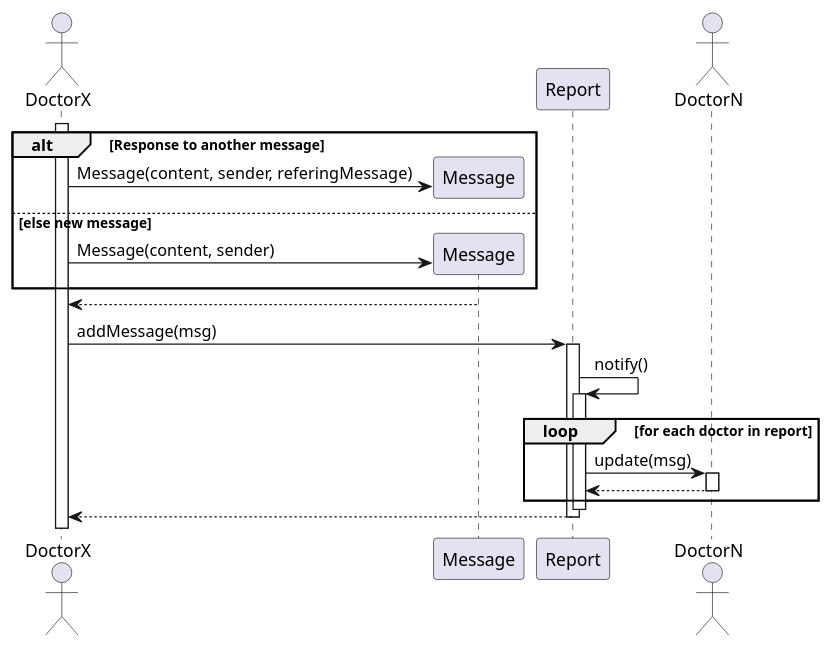
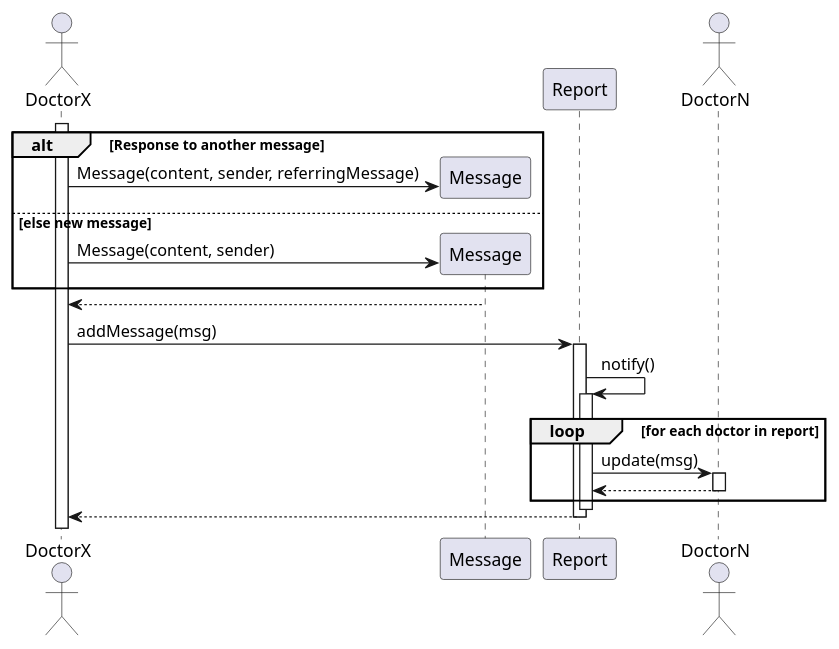
Before and after one commit to thetractor/ch.bfh.bti7081.s2019.orange: the diagram in doc/task4/RueckfrageErstellen.puml, drawn with PlantUML. The commit also changed 1 other file, not shown here.

```diff
--- a/doc/task4/RueckfrageErstellen.puml
+++ b/doc/task4/RueckfrageErstellen.puml
@@ -1,39 +1,39 @@
 @startuml
 
 actor DoctorX
 
 participant Message
 participant Report
 
 actor DoctorN
 
 activate DoctorX
 alt Response to another message
     create Message
-    DoctorX -> Message: Message(content, sender, referingMessage)
+    DoctorX -> Message: Message(content, sender, referringMessage)
     'TODO?
 else else new message
     create Message
         DoctorX -> Message: Message(content, sender)
 end
 
 
 Message --> DoctorX
 
 DoctorX -> Report: addMessage(msg)
 activate Report
 Report -> Report: notify()
 activate Report
 
 loop for each doctor in report
     Report -> DoctorN: update(msg)
     activate DoctorN
     DoctorN --> Report
     deactivate DoctorN
 end
 deactivate Report
 Report --> DoctorX
 deactivate Report
 
 
 @enduml
```
